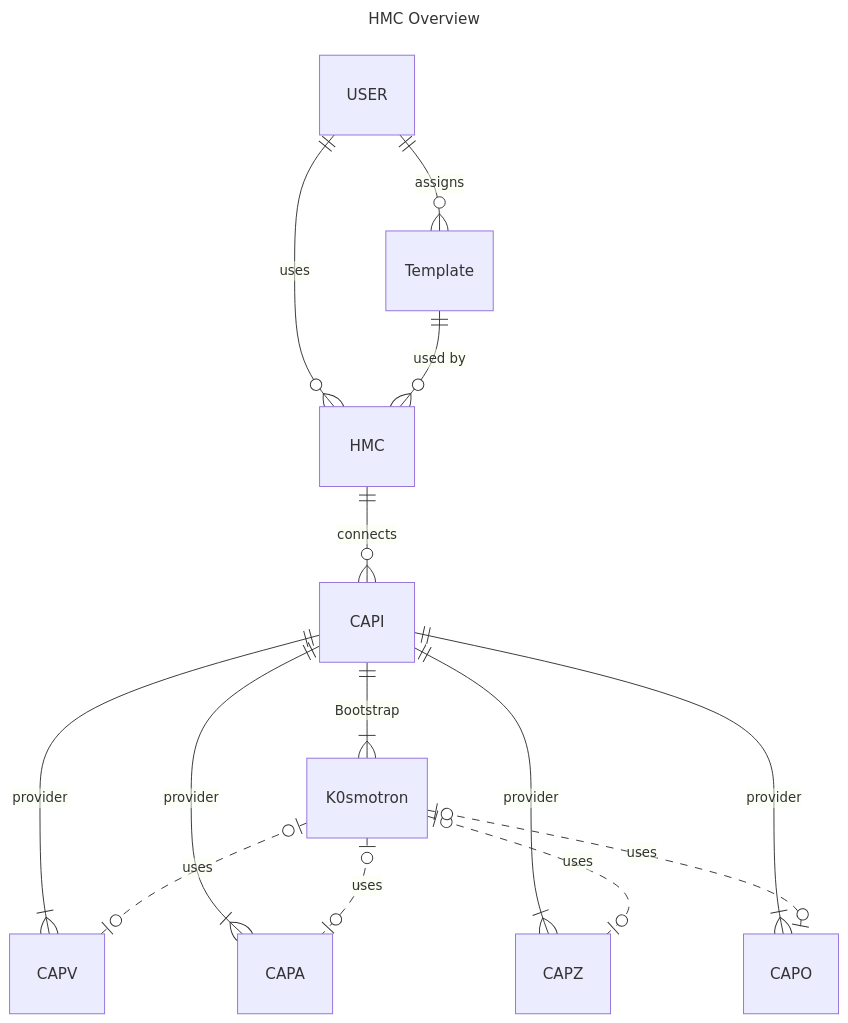
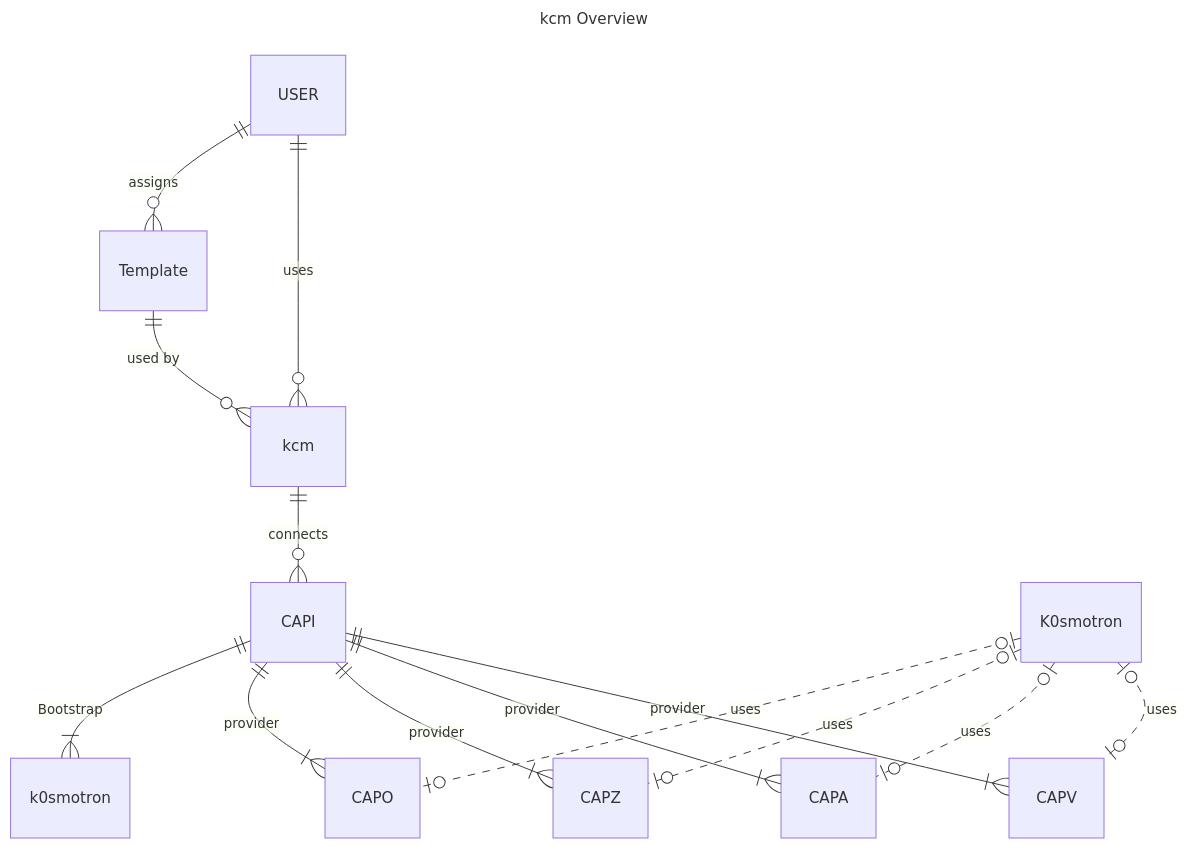
Before and after one commit to wahabmk/project-2a-docs: the diagram in docs/architecture.md, drawn with Mermaid. The commit also changed other lines of this file and 25 other files, not shown here.

First line of the commit message:
Major changes to change all instances of HMC/hmc to kcm, fix all instances of Project 2A or 2A to k0rdent, a couple of small similar tweaks.

````diff
--- a/docs/architecture.md
+++ b/docs/architecture.md
@@ -8,19 +8,19 @@
 ```mermaid
 ---
-title: HMC Overview
+title: kcm Overview
 ---
 erDiagram
-    USER ||--o{ HMC : uses
+    USER ||--o{ kcm : uses
     USER ||--o{ Template : assigns
-    Template ||--o{ HMC : "used by"
-    HMC ||--o{ CAPI : connects
+    Template ||--o{ kcm : "used by"
+    kcm ||--o{ CAPI : connects
     CAPI ||--|{ CAPV : provider
     CAPI ||--|{ CAPA : provider
     CAPI ||--|{ CAPZ : provider
     CAPI ||--|{ CAPO : provider
-    CAPI ||--|{ K0smotron : Bootstrap
+    CAPI ||--|{ k0smotron : Bootstrap
     K0smotron |o..o| CAPV : uses
     K0smotron |o..o| CAPA : uses
     K0smotron |o..o| CAPZ : uses
     K0smotron |o..o| CAPO : uses
 ```
````
